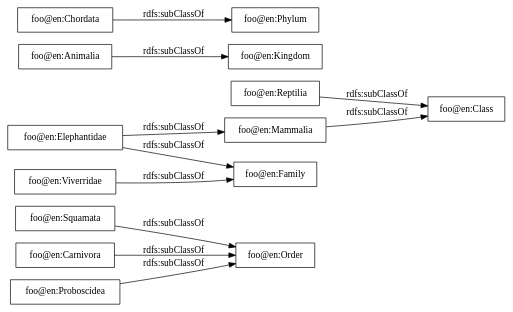
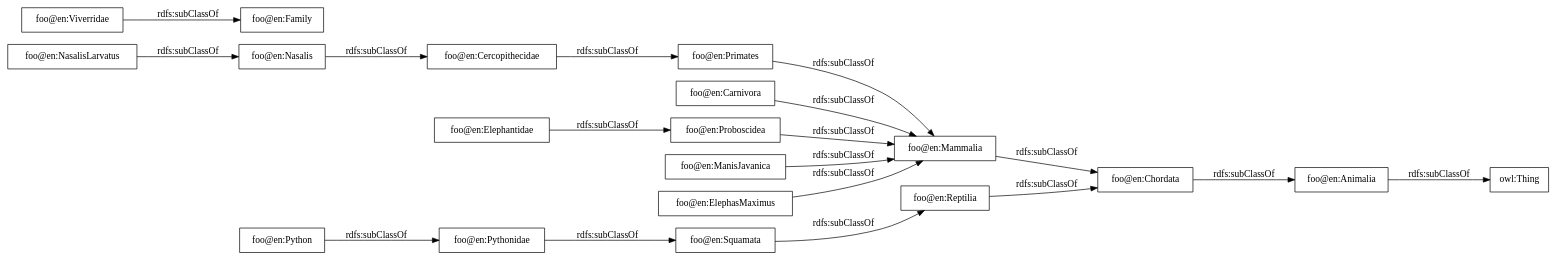
Before and after one commit to Naeima/foo_html: the diagram in OnToology/index.ttl/diagrams/ar2dtool-taxonomy/index.ttl.png.dot, drawn with Graphviz. The commit also changed 13 other files, not shown here.

```diff
--- a/OnToology/index.ttl/diagrams/ar2dtool-taxonomy/index.ttl.png.dot
+++ b/OnToology/index.ttl/diagrams/ar2dtool-taxonomy/index.ttl.png.dot
@@ -1,16 +1,23 @@
 digraph ar2dtool_diagram { 
 rankdir=LR;
 size="1000"
-node [shape = rectangle, color="black"]; "foo@en:Squamata" "foo@en:Mammalia" "foo@en:Animalia" "foo@en:Phylum" "foo@en:Carnivora" "foo@en:Viverridae" "foo@en:Elephantidae" "foo@en:Reptilia" "foo@en:Chordata" "foo@en:Proboscidea" ; /*classes style*/
-	"foo@en:Reptilia" -> "foo@en:Class" [ label = "rdfs:subClassOf" ];
-	"foo@en:Chordata" -> "foo@en:Phylum" [ label = "rdfs:subClassOf" ];
-	"foo@en:Squamata" -> "foo@en:Order" [ label = "rdfs:subClassOf" ];
-	"foo@en:Proboscidea" -> "foo@en:Order" [ label = "rdfs:subClassOf" ];
-	"foo@en:Elephantidae" -> "foo@en:Mammalia" [ label = "rdfs:subClassOf" ];
-	"foo@en:Elephantidae" -> "foo@en:Family" [ label = "rdfs:subClassOf" ];
+node [shape = rectangle, color="black"]; "foo@en:Squamata" "foo@en:Mammalia" "foo@en:Animalia" "foo@en:Primates" "foo@en:Carnivora" "foo@en:Viverridae" "foo@en:Elephantidae" "foo@en:Reptilia" "foo@en:Proboscidea" "foo@en:Chordata" ; /*classes style*/
+	"foo@en:ManisJavanica" -> "foo@en:Mammalia" [ label = "rdfs:subClassOf" ];
+	"foo@en:Primates" -> "foo@en:Mammalia" [ label = "rdfs:subClassOf" ];
+	"foo@en:Reptilia" -> "foo@en:Chordata" [ label = "rdfs:subClassOf" ];
+	"foo@en:Chordata" -> "foo@en:Animalia" [ label = "rdfs:subClassOf" ];
+	"foo@en:Squamata" -> "foo@en:Reptilia" [ label = "rdfs:subClassOf" ];
+	"foo@en:Proboscidea" -> "foo@en:Mammalia" [ label = "rdfs:subClassOf" ];
+	"foo@en:NasalisLarvatus" -> "foo@en:Nasalis" [ label = "rdfs:subClassOf" ];
+	"foo@en:Elephantidae" -> "foo@en:Proboscidea" [ label = "rdfs:subClassOf" ];
+	"foo@en:Python" -> "foo@en:Pythonidae" [ label = "rdfs:subClassOf" ];
 	"foo@en:Viverridae" -> "foo@en:Family" [ label = "rdfs:subClassOf" ];
-	"foo@en:Carnivora" -> "foo@en:Order" [ label = "rdfs:subClassOf" ];
-	"foo@en:Animalia" -> "foo@en:Kingdom" [ label = "rdfs:subClassOf" ];
-	"foo@en:Mammalia" -> "foo@en:Class" [ label = "rdfs:subClassOf" ];
+	"foo@en:Cercopithecidae" -> "foo@en:Primates" [ label = "rdfs:subClassOf" ];
+	"foo@en:ElephasMaximus" -> "foo@en:Mammalia" [ label = "rdfs:subClassOf" ];
+	"foo@en:Carnivora" -> "foo@en:Mammalia" [ label = "rdfs:subClassOf" ];
+	"foo@en:Animalia" -> "owl:Thing" [ label = "rdfs:subClassOf" ];
+	"foo@en:Mammalia" -> "foo@en:Chordata" [ label = "rdfs:subClassOf" ];
+	"foo@en:Nasalis" -> "foo@en:Cercopithecidae" [ label = "rdfs:subClassOf" ];
+	"foo@en:Pythonidae" -> "foo@en:Squamata" [ label = "rdfs:subClassOf" ];
 
 }
```
